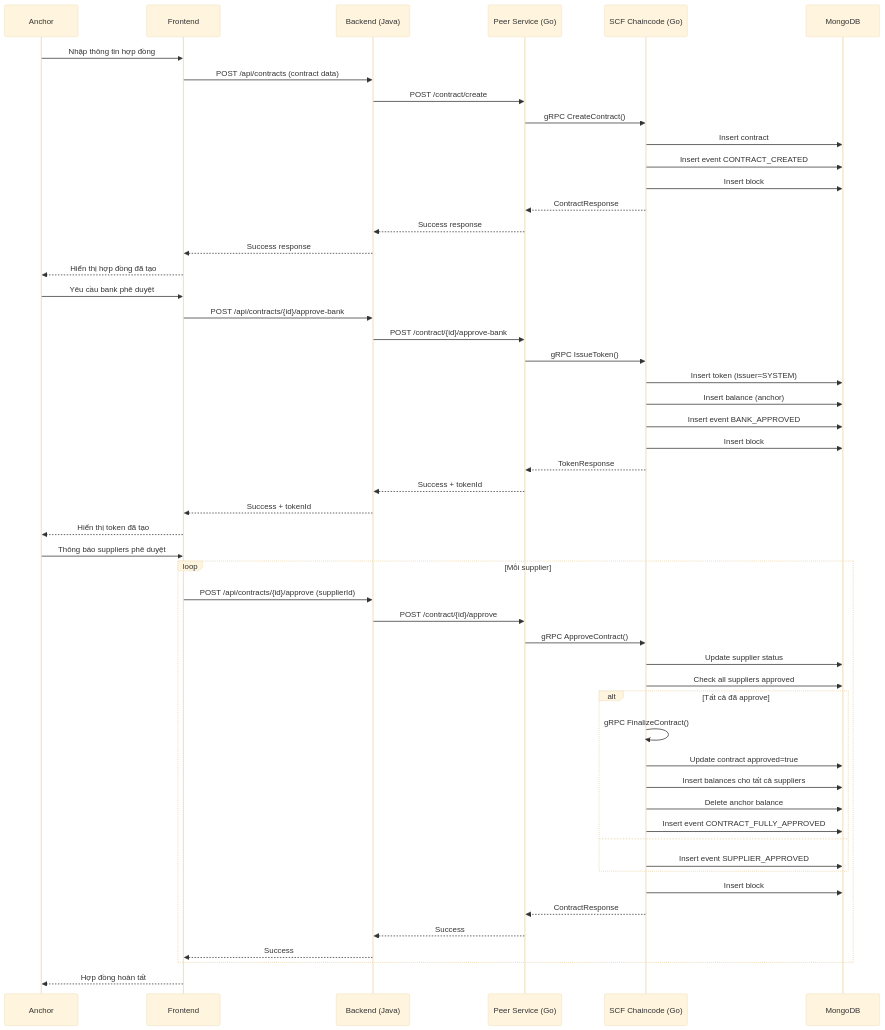
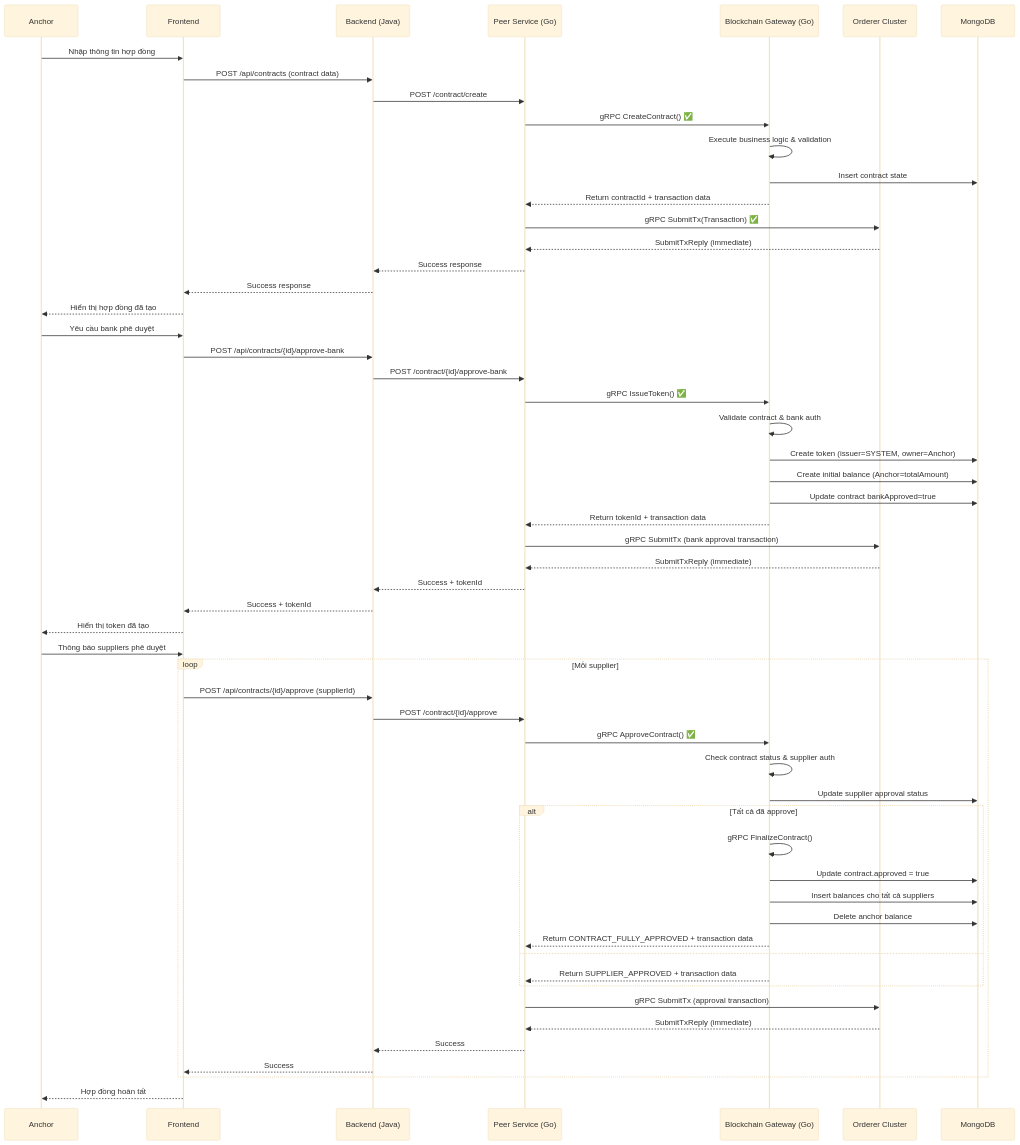
One commit to trunghc97/blockchain changed the sixth of 25 diagrams in System_Design_Document.md. Above: the diagram before and after it, drawn with Mermaid (base theme). The commit also changed other lines of this file and 1 other file, not shown here.

Commit message:
change to peer

````diff
--- a/System_Design_Document.md
+++ b/System_Design_Document.md
@@ -635,60 +1057,64 @@
 ```mermaid
 sequenceDiagram
     participant A as Anchor
     participant FE as Frontend
     participant BE as Backend (Java)
     participant PEER as Peer Service (Go)
-    participant CHAIN as SCF Chaincode (Go)
+    participant GATEWAY as Blockchain Gateway (Go)
+    participant ORDERER as Orderer Cluster
     participant DB as MongoDB
 
     %% Tạo hợp đồng
     A->>FE: Nhập thông tin hợp đồng
     FE->>BE: POST /api/contracts (contract data)
     BE->>PEER: POST /contract/create
-    PEER->>CHAIN: gRPC CreateContract()
-    CHAIN->>DB: Insert contract
-    CHAIN->>DB: Insert event CONTRACT_CREATED
-    CHAIN->>DB: Insert block
-    CHAIN-->>PEER: ContractResponse
+    PEER->>GATEWAY: gRPC CreateContract() ✅
+    GATEWAY->>GATEWAY: Execute business logic & validation
+    GATEWAY->>DB: Insert contract state
+    GATEWAY-->>PEER: Return contractId + transaction data
+    PEER->>ORDERER: gRPC SubmitTx(Transaction) ✅
+    ORDERER-->>PEER: SubmitTxReply (immediate)
     PEER-->>BE: Success response
     BE-->>FE: Success response
     FE-->>A: Hiển thị hợp đồng đã tạo
 
     %% Bank phê duyệt
     A->>FE: Yêu cầu bank phê duyệt
     FE->>BE: POST /api/contracts/{id}/approve-bank
     BE->>PEER: POST /contract/{id}/approve-bank
-    PEER->>CHAIN: gRPC IssueToken()
-    CHAIN->>DB: Insert token (issuer=SYSTEM)
-    CHAIN->>DB: Insert balance (anchor)
-    CHAIN->>DB: Insert event BANK_APPROVED
-    CHAIN->>DB: Insert block
-    CHAIN-->>PEER: TokenResponse
+    PEER->>GATEWAY: gRPC IssueToken() ✅
+    GATEWAY->>GATEWAY: Validate contract & bank auth
+    GATEWAY->>DB: Create token (issuer=SYSTEM, owner=Anchor)
+    GATEWAY->>DB: Create initial balance (Anchor=totalAmount)
+    GATEWAY->>DB: Update contract bankApproved=true
+    GATEWAY-->>PEER: Return tokenId + transaction data
+    PEER->>ORDERER: gRPC SubmitTx (bank approval transaction)
+    ORDERER-->>PEER: SubmitTxReply (immediate)
     PEER-->>BE: Success + tokenId
     BE-->>FE: Success + tokenId
     FE-->>A: Hiển thị token đã tạo
 
     %% Suppliers phê duyệt
     A->>FE: Thông báo suppliers phê duyệt
     loop Mỗi supplier
         FE->>BE: POST /api/contracts/{id}/approve (supplierId)
         BE->>PEER: POST /contract/{id}/approve
-        PEER->>CHAIN: gRPC ApproveContract()
-        CHAIN->>DB: Update supplier status
-        CHAIN->>DB: Check all suppliers approved
+        PEER->>GATEWAY: gRPC ApproveContract() ✅
+        GATEWAY->>GATEWAY: Check contract status & supplier auth
+        GATEWAY->>DB: Update supplier approval status
         alt Tất cả đã approve
-            CHAIN->>CHAIN: gRPC FinalizeContract()
-            CHAIN->>DB: Update contract approved=true
-            CHAIN->>DB: Insert balances cho tất cả suppliers
-            CHAIN->>DB: Delete anchor balance
-            CHAIN->>DB: Insert event CONTRACT_FULLY_APPROVED
+            GATEWAY->>GATEWAY: gRPC FinalizeContract()
+            GATEWAY->>DB: Update contract.approved = true
+            GATEWAY->>DB: Insert balances cho tất cả suppliers
+            GATEWAY->>DB: Delete anchor balance
+            GATEWAY-->>PEER: Return CONTRACT_FULLY_APPROVED + transaction data
         else
-            CHAIN->>DB: Insert event SUPPLIER_APPROVED
+            GATEWAY-->>PEER: Return SUPPLIER_APPROVED + transaction data
         end
-        CHAIN->>DB: Insert block
-        CHAIN-->>PEER: ContractResponse
+        PEER->>ORDERER: gRPC SubmitTx (approval transaction)
+        ORDERER-->>PEER: SubmitTxReply (immediate)
         PEER-->>BE: Success
         BE-->>FE: Success
     end
     FE-->>A: Hợp đồng hoàn tất
 ```
````
